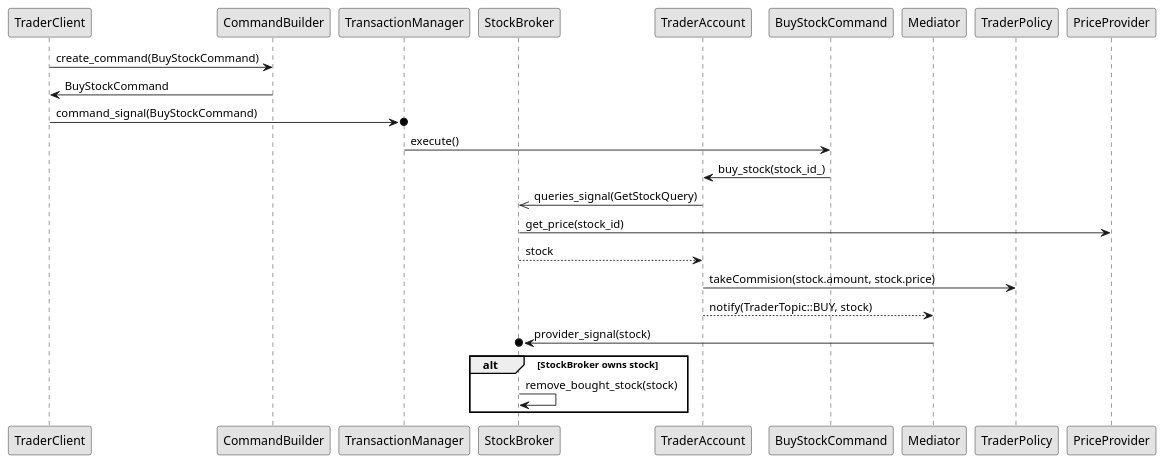
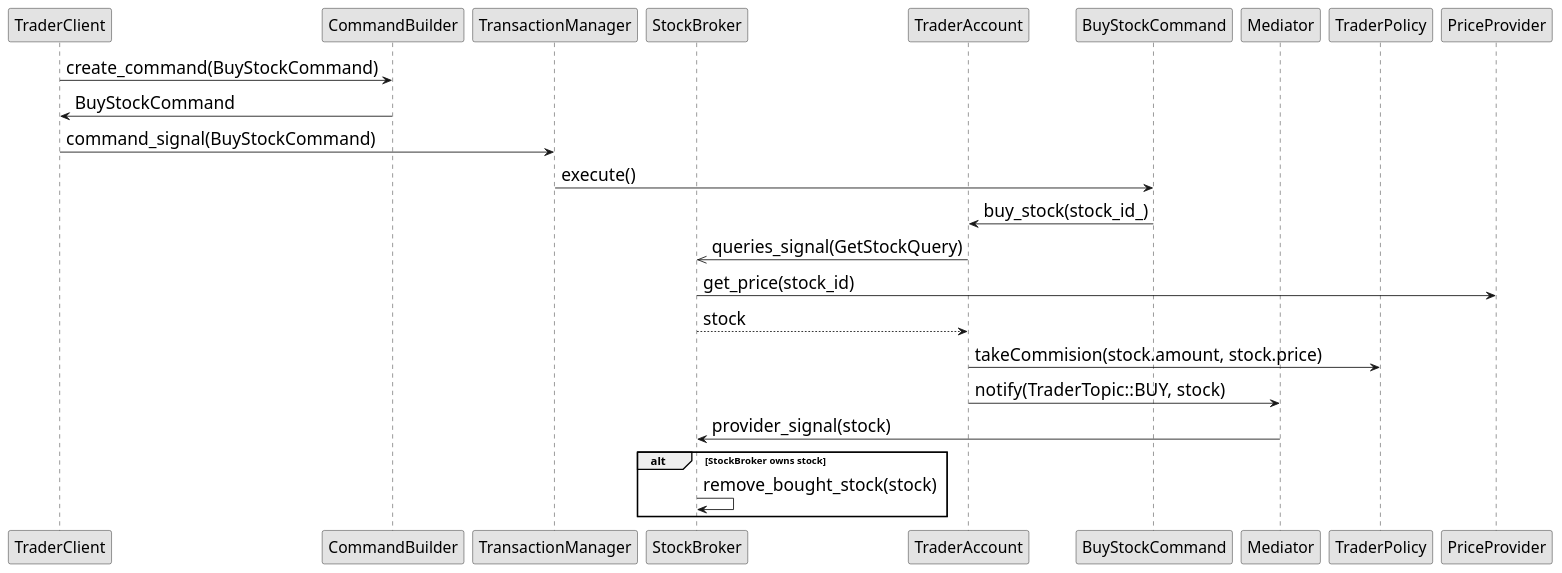
The diagram in stock-market-seq (BUY).wsd (MarcusGasberg/apk_stock_market), drawn with PlantUML before and after one commit. The commit also changed 5 other files, not shown here.

Commit message:
updated diagrams

```diff
--- a/stock-market-seq (BUY).wsd
+++ b/stock-market-seq (BUY).wsd
@@ -1,29 +1,31 @@
 @startuml StockMarketSequenceDiagramBuy
 skinparam Monochrome true
 skinparam Shadowing false
+skinparam ParticipantFontSize 18
+skinparam ArrowFontSize 20
 
 participant TraderClient 
 participant CommandBuilder
 participant TransactionManager  
 participant StockBroker 
 participant TraderAccount 
 participant BuyStockCommand
 participant Mediator 
 participant TraderPolicy
 participant PriceProvider 
 
 TraderClient -> CommandBuilder: create_command(BuyStockCommand)
 CommandBuilder -> TraderClient: BuyStockCommand
-TraderClient ->o TransactionManager: command_signal(BuyStockCommand)
+TraderClient -> TransactionManager: command_signal(BuyStockCommand)
 TransactionManager -> BuyStockCommand: execute()
 BuyStockCommand -> TraderAccount: buy_stock(stock_id_)
 TraderAccount ->> StockBroker: queries_signal(GetStockQuery)
 StockBroker -> PriceProvider: get_price(stock_id)
 StockBroker --> TraderAccount: stock 
 TraderAccount -> TraderPolicy: takeCommision(stock.amount, stock.price)
-TraderAccount --> Mediator: notify(TraderTopic::BUY, stock) 
-Mediator ->o StockBroker: provider_signal(stock)  
+TraderAccount -> Mediator: notify(TraderTopic::BUY, stock) 
+Mediator -> StockBroker: provider_signal(stock)  
 alt StockBroker owns stock 
     StockBroker -> StockBroker: remove_bought_stock(stock) 
 end 
 @enduml
```
